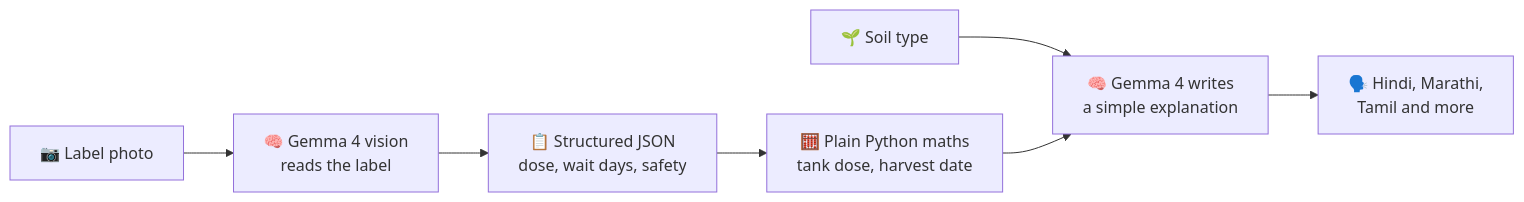
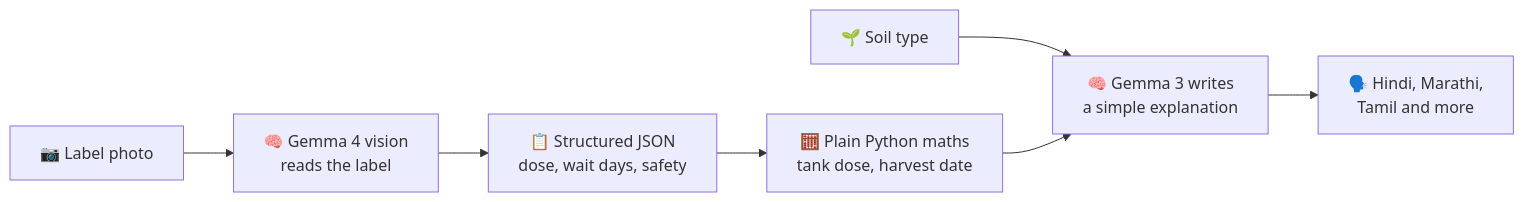
Before and after one commit to PrinceVerma44/Pesticide-Label-Reader-for-Indian-Farmers-Spooky_Wookys: the diagram in README.md, drawn with Mermaid. The commit also changed other lines of this file, not shown here.

````diff
--- a/README.md
+++ b/README.md
@@ -55,9 +55,9 @@
 ```mermaid
 flowchart LR
     A["📷 Label photo"] --> B["🧠 Gemma 4 vision<br/>reads the label"]
     B --> C["📋 Structured JSON<br/>dose, wait days, safety"]
     C --> D["🧮 Plain Python maths<br/>tank dose, harvest date"]
     S["🌱 Soil type"] --> E
-    D --> E["🧠 Gemma 4 writes<br/>a simple explanation"]
+    D --> E["🧠 Gemma 3 writes<br/>a simple explanation"]
     E --> F["🗣️ Hindi, Marathi,<br/>Tamil and more"]
 ```
````
